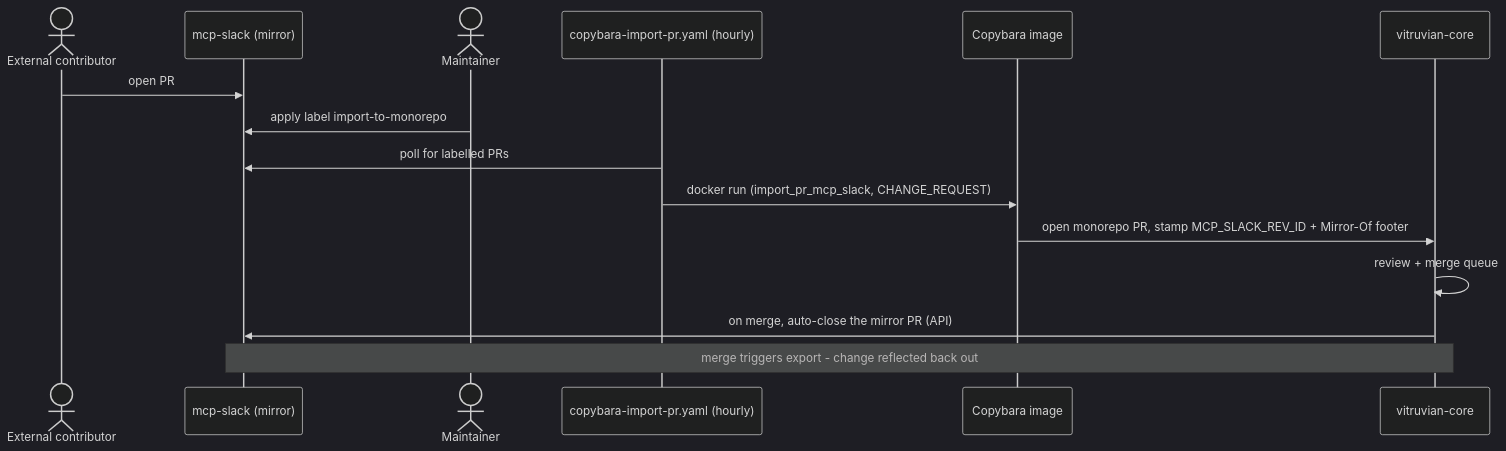
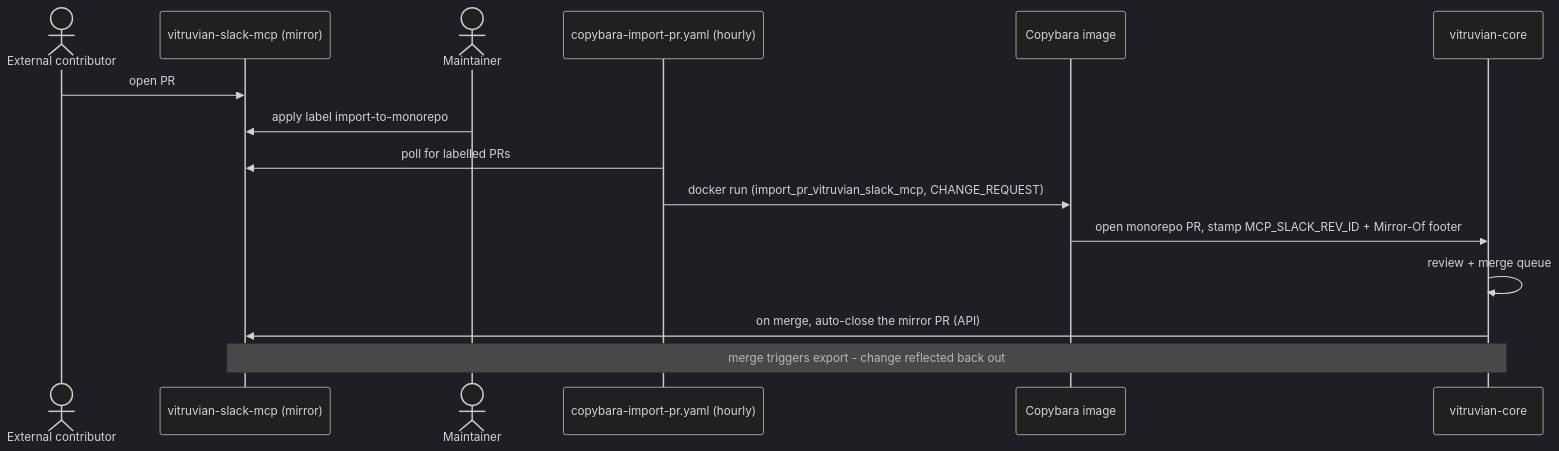
Before and after one commit to VitruvianSoftware/vitruvian-core: the third of 7 diagrams in docs/admin/copybara-sync.md, drawn with Mermaid (dark theme). The commit also changed other lines of this file and 46 other files, not shown here.

First line of the commit message:
chore(repo-config): rename the devx, homelab and Slack MCP mirrors to their Vitruvian names

````diff
--- a/docs/admin/copybara-sync.md
+++ b/docs/admin/copybara-sync.md
@@ -154,17 +154,17 @@
 ```mermaid
 sequenceDiagram
     actor Ext as External contributor
-    participant MS as mcp-slack (mirror)
+    participant MS as vitruvian-slack-mcp (mirror)
     actor Maint as Maintainer
     participant IMP as copybara-import-pr.yaml (hourly)
     participant CB as Copybara image
     participant VC as vitruvian-core
     Ext->>MS: open PR
     Maint->>MS: apply label import-to-monorepo
     IMP->>MS: poll for labelled PRs
-    IMP->>CB: docker run (import_pr_mcp_slack, CHANGE_REQUEST)
+    IMP->>CB: docker run (import_pr_vitruvian_slack_mcp, CHANGE_REQUEST)
     CB->>VC: open monorepo PR, stamp MCP_SLACK_REV_ID + Mirror-Of footer
     VC->>VC: review + merge queue
     VC->>MS: on merge, auto-close the mirror PR (API)
     Note over VC,MS: merge triggers export - change reflected back out
 ```
````
